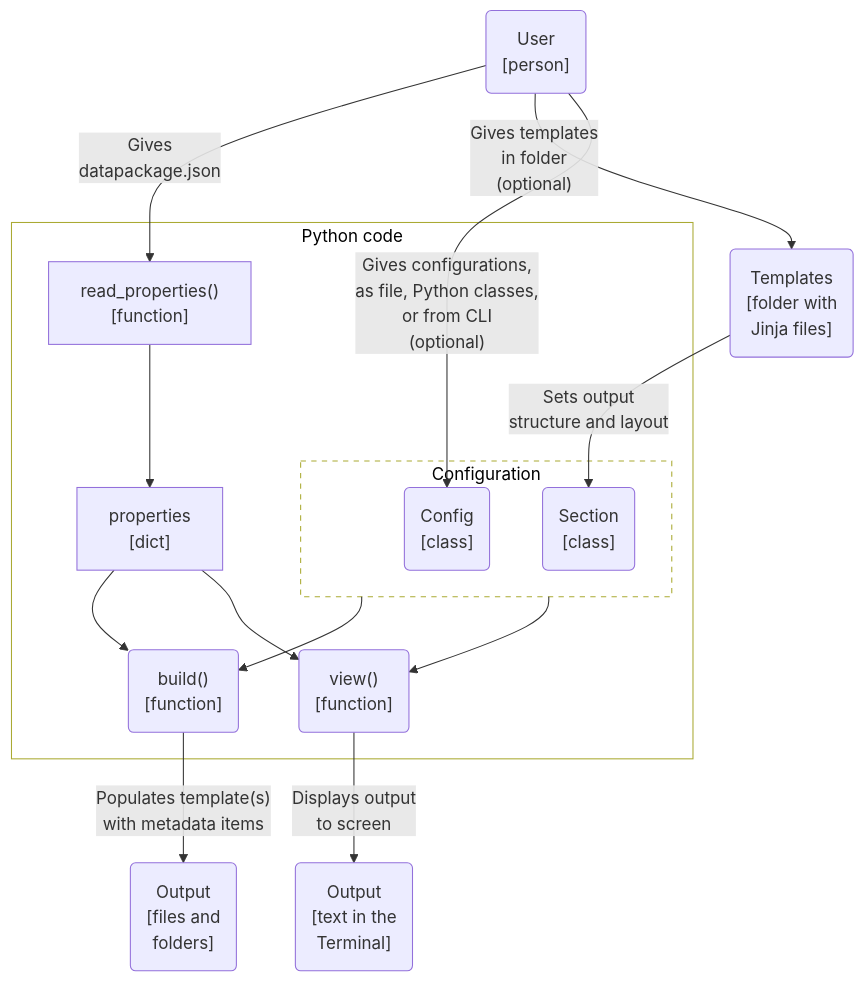
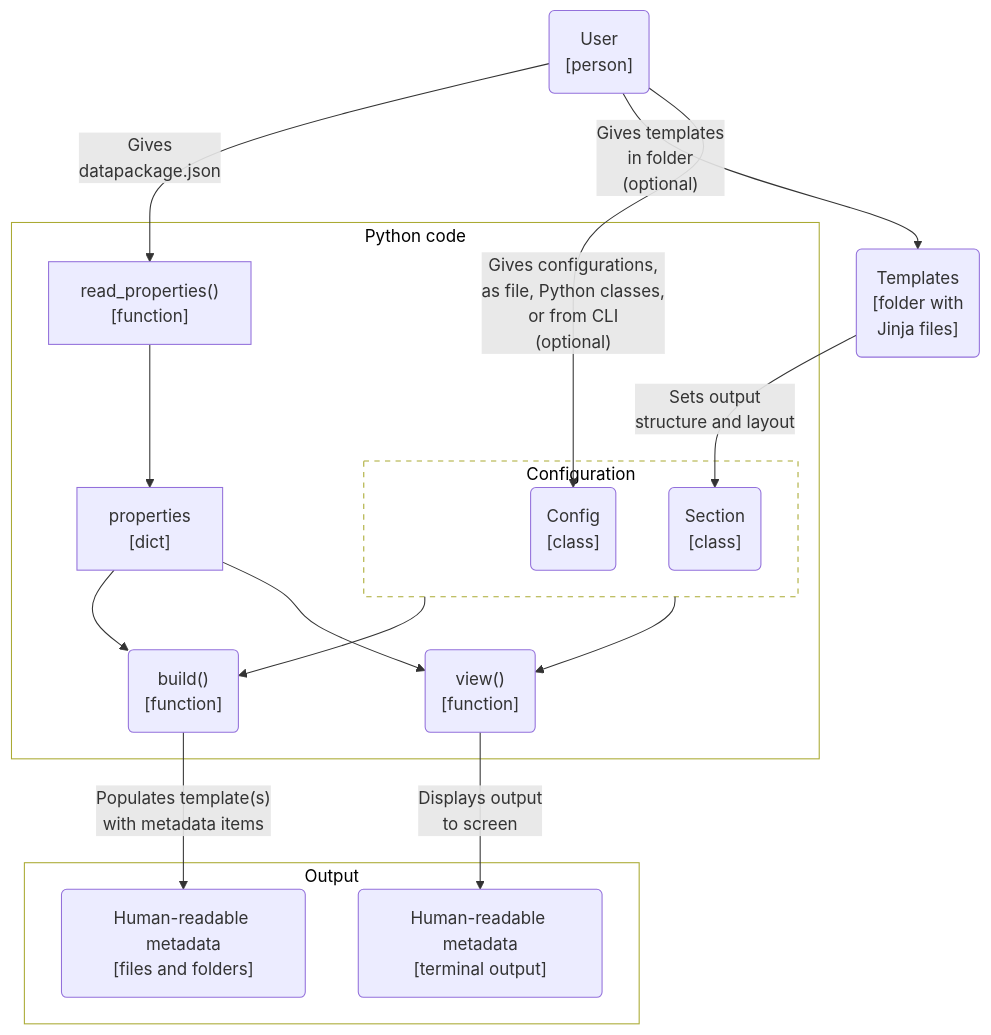
Before and after one commit to seedcase-project/seedcase-flower: the third of 3 diagrams in docs/design/architecture.qmd, drawn with Mermaid.

Commit message:
docs: :memo: add "output" subgraph in component/code
that contains both output files and folders as well as terminal output

````diff
--- a/docs/design/architecture.qmd
+++ b/docs/design/architecture.qmd
@@ -217,36 +217,39 @@
 ```{mermaid}
 %%| label: fig-c4-component
 %%| fig-cap: "C4 component diagram showing the main functions and classes within the Python package and their connections."
 flowchart TB
     subgraph package["Python code"]
         subgraph cfg["Configuration"]
             config("Config<br>[class]")
             section("Section<br>[class]")
         end
 
         read_properties["read_properties()<br>[function]"]
         properties["properties<br>[dict]"]
         build("build()<br>[function]")
         view("view()<br>[function]")
 
         read_properties --> properties
         properties --> build & view
         cfg --> build & view
     end
 
     user("User<br>[person]")
     templates("Templates<br>[folder with<br>Jinja files]")
-    output_files("Output<br>[files and<br>folders]")
-    output_screen("Output<br>[text in the<br>Terminal]")
+    subgraph output["Output"]
+        output_files("Human-readable metadata<br>[files and folders]")
+        output_screen("Human-readable metadata<br>[terminal output]")
+    end
 
     user --"Gives<br>datapackage.json"--> read_properties
     user --"Gives templates<br>in folder<br>(optional)"--> templates
     user --"Gives configurations,<br>as file, Python classes,<br>or from CLI<br>(optional)"--> config
     templates --"Sets output<br>structure and layout"--> section
     build --"Populates template(s)<br>with metadata items"--> output_files
     view --"Displays output<br>to screen"--> output_screen
 
     %% Styling
     style package fill:#FFFFFF, color:#000000
+    style output fill:#FFFFFF, color:#000000
     style cfg fill:#FFFFFF, color:#000000, stroke-dasharray: 5 5
 ```
````
